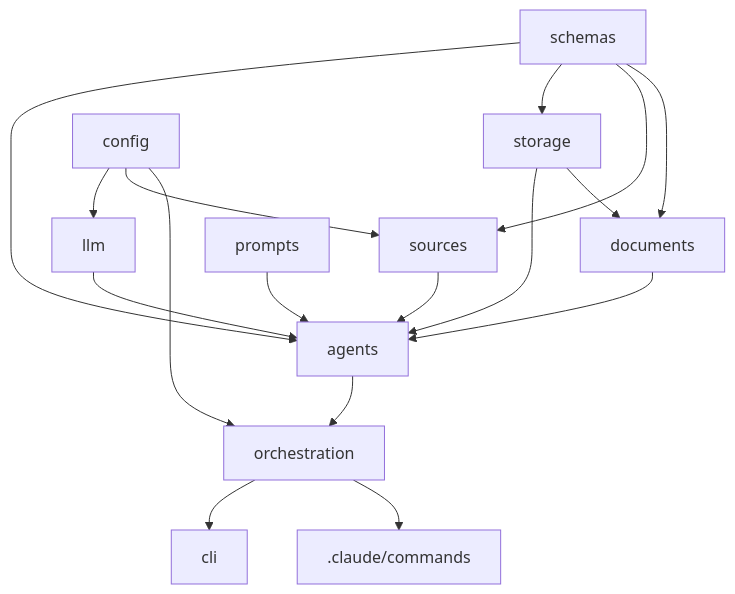
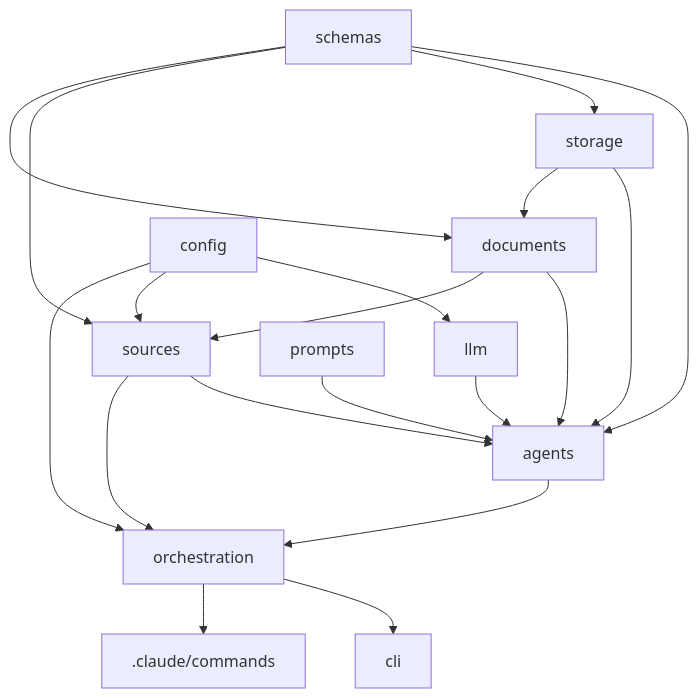
The third of 3 diagrams in architecture.md (sougataresearch/JOB_HUNT), drawn with Mermaid before and after one commit. The commit also changed other lines of this file and 26 other files, not shown here.

````diff
--- a/architecture.md
+++ b/architecture.md
@@ -274,19 +285,21 @@
 ```mermaid
 graph TD
     schemas --> agents
     schemas --> storage
     schemas --> sources
     schemas --> documents
     config --> llm
     config --> sources
     config --> orchestration
     llm --> agents
     storage --> agents
     storage --> documents
     prompts --> agents
     documents --> agents
+    documents --> sources
     sources --> agents
+    sources --> orchestration
     agents --> orchestration
     orchestration --> cli
     orchestration --> claude_commands[".claude/commands"]
 ```
````
